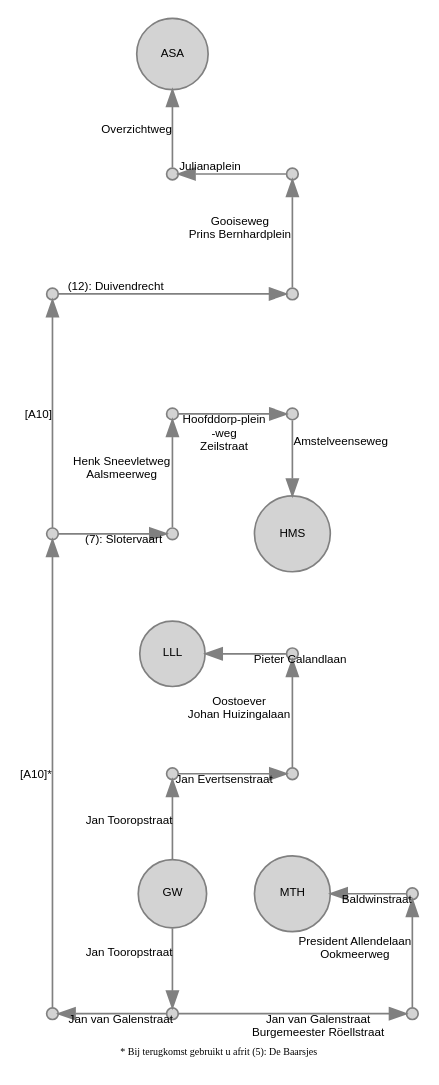
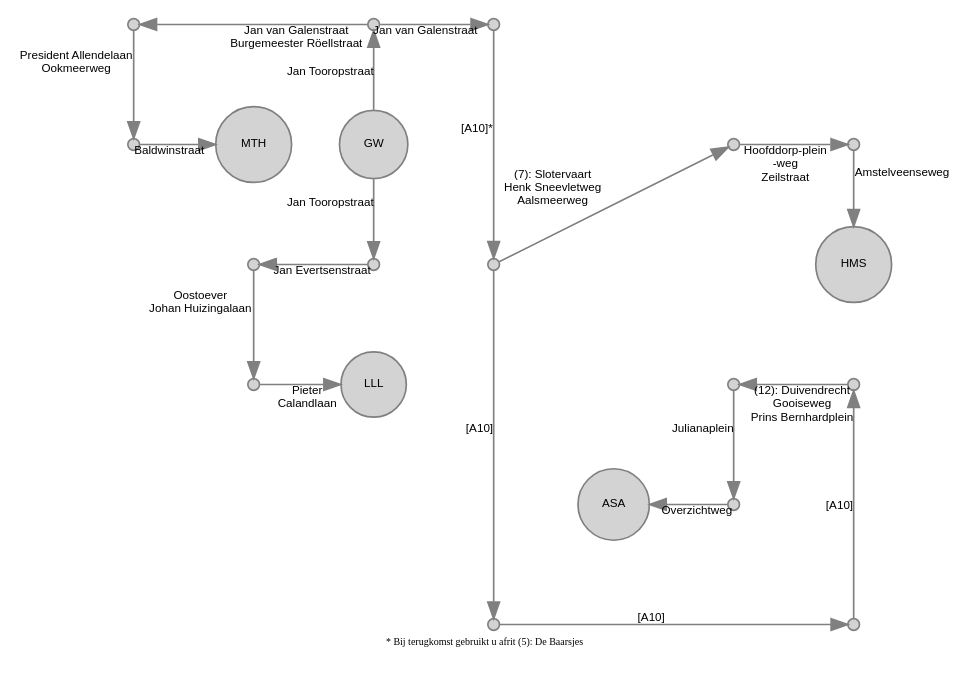
The diagram in gvb/gvb_LLL_G.gv (JacekPardyak/bus), drawn with Graphviz before and after one commit. The commit also changed 26 other files, not shown here.

```diff
--- a/gvb/gvb_LLL_G.gv
+++ b/gvb/gvb_LLL_G.gv
@@ -1,57 +1,60 @@
 digraph G {
   layout = neato
   node [shape = circle, style = filled, fillcolor = lightgray, color=gray, height=0.1, label = "", fontsize = 7, fontname = "Arial"]
   edge [color=gray, fontsize = 7, fontname = "Arial"]
 
-  GW [pos = " 0, -2!", label = "GW"]
+  GW [pos = " 0, 2!", label = "GW"]
   LLL [pos = "0, 0!", label = "LLL"]
-  MTH  [pos = "1,-2!", label = "MTH"]
-  HMM [pos = " 1, 1!", label = "HMS"]
-  ASA [pos = " 0, 5!", label = "ASA"]
-  GW01 [pos = " 0, -1!"]
-  GW02 [pos = " 1,-1!"]
-  GW03 [pos = " 2,-3!"]
-  GW04 [pos = " 1, 0!"]
-  GW05 [pos = " 0,-3!"]
-  GW06 [pos = " 2,-2!"]
-  GW07 [pos = "-1,-3!"]
-  GW08 [pos = "-1, 1!"]
-  GW09 [pos = " 0, 2!"]
-  GW10 [pos = " 1, 2!"]
-  GW11 [pos = " 0, 1!"]
-  GW13 [pos = " 0, 4!"]
-  GW14 [pos = "-1, 3!"]
-  GW15 [pos = " 1, 3!"]
-  GW12 [pos = " 1, 4!"]
+  MTH  [pos = "-1, 2!", label = "MTH"]
+  HMM [pos = " 4, 1!", label = "HMS"]
+  ASA [pos = " 2,-1!", label = "ASA"]
+  GW01 [pos = " 0, 1!"]
+  GW02 [pos = "-1, 1!"]
+  GW03 [pos = "-2, 3!"]
+  GW04 [pos = "-1, 0!"]
+  GW05 [pos = " 0, 3!"]
+  GW06 [pos = "-2, 2!"]
+  GW07 [pos = " 1, 3!"]
+  GW08 [pos = " 1, 1!"]
+  GW09 [pos = " 3, 2!"]
+  GW10 [pos = " 4, 2!"]
+  GW13 [pos = " 3,-1!"]
+  GW14 [pos = " 4,-2!"]
+  GW15 [pos = " 4, 0!"]
+  GW12 [pos = " 3, 0!"]
+  GW16 [pos = " 1, -2!"]
 
   GW -> GW01 [label = "Jan Tooropstraat"]
   GW -> GW05 [label = "Jan Tooropstraat"]
   GW01 -> GW02 [label = "Jan Evertsenstraat"]
   GW02 -> GW04 [label = "Oostoever 
  Johan Huizingalaan"]
   GW03 -> GW06 [label = "President Allendelaan 
  Ookmeerweg"]
-  GW04 -> LLL [label = "Pieter Calandlaan"]
+  GW04 -> LLL [label = "Pieter 
+ Calandlaan"]
   GW05 -> GW03 [label = "Jan van Galenstraat 
  Burgemeester Röellstraat"]
   GW05 -> GW07 [label = "Jan van Galenstraat"]
   GW06 -> MTH [label = "Baldwinstraat"]
   GW07 -> GW08 [label = "[A10]*"]
-  GW08 -> GW11 [label = "(7): Slotervaart"]
-  GW08 -> GW14 [label = "[A10]"]
+  GW08 -> GW16 [label = "[A10]"]
+  GW16 -> GW14 [label = "[A10]"]
   GW09 -> GW10 [label = "Hoofddorp-plein 
  -weg 
  Zeilstraat"]
   GW10 -> HMM [label = "Amstelveenseweg"]
-  GW11 -> GW09 [label = "Henk Sneevletweg 
+  GW08 -> GW09 [label = "(7): Slotervaart 
+ Henk Sneevletweg 
  Aalsmeerweg"]
   GW12 -> GW13 [label = "Julianaplein"]
   GW13 -> ASA [label = "Overzichtweg"]
-  GW14 -> GW15 [label = "(12): Duivendrecht"]
-  GW15 -> GW12 [label = "Gooiseweg 
+  GW14 -> GW15 [label = "[A10]"]
+  GW15 -> GW12 [label = "(12): Duivendrecht 
+ Gooiseweg 
  Prins Bernhardplein"]
 
   labelloc="b"
   label="* Bij terugkomst gebruikt u afrit (5): De Baarsjes"
   fontsize=6
 }
```
